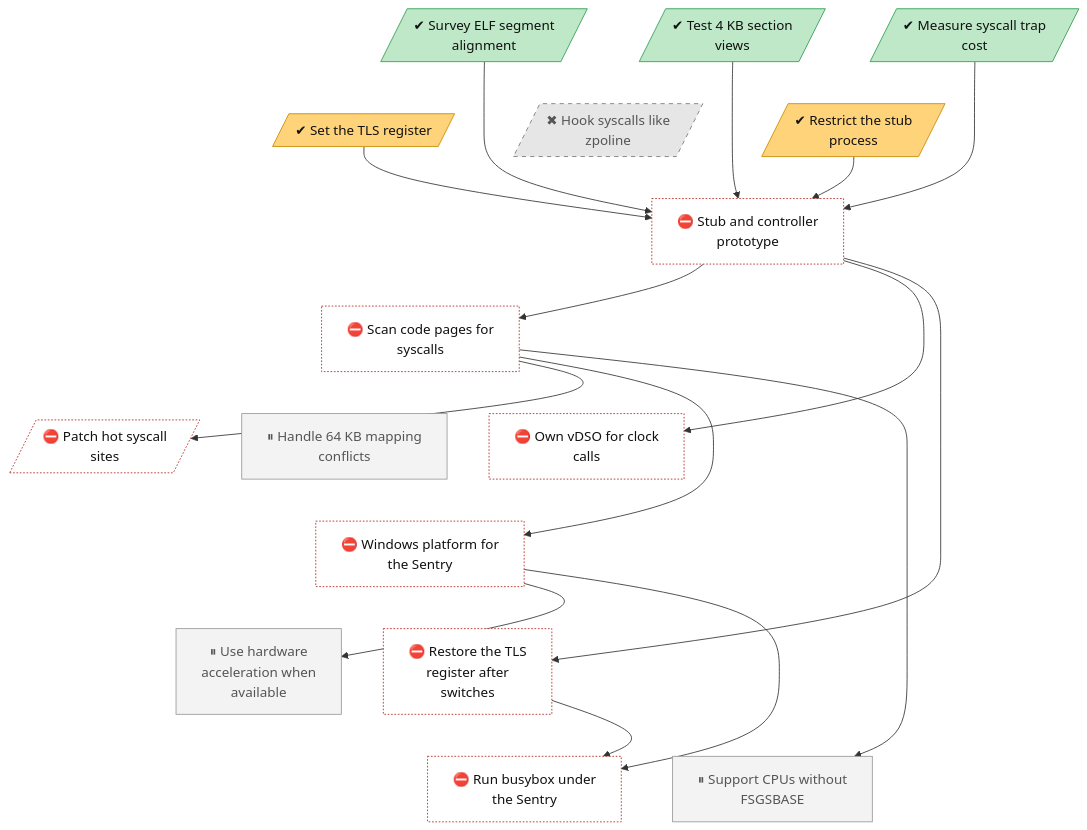
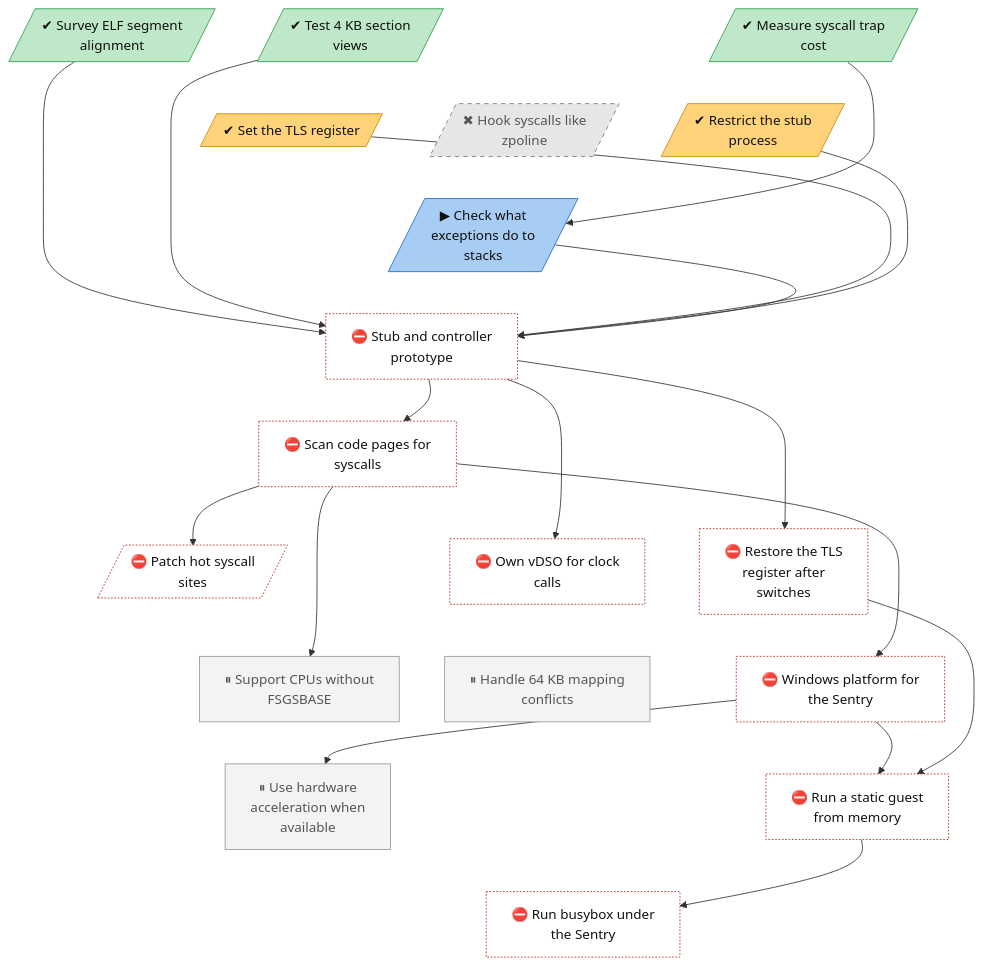
The diagram in docs/roadmap/tracks/platform.md (lhns/gvisor-windows), drawn with Mermaid before and after one commit. The commit also changed other lines of this file and 14 other files, not shown here.

````diff
--- a/docs/roadmap/tracks/platform.md
+++ b/docs/roadmap/tracks/platform.md
@@ -10,69 +10,76 @@
 ```mermaid
 flowchart TB
     platform_elf_alignment_survey[/"✔ Survey ELF segment<br/>alignment"/]
     platform_trap_cost[/"✔ Measure syscall trap<br/>cost"/]
     platform_4k_section_views[/"✔ Test 4 KB section<br/>views"/]
     platform_tls_register[/"✔ Set the TLS register"/]
     platform_restricted_stub[/"✔ Restrict the stub<br/>process"/]
     platform_zpoline_hooks[/"✖ Hook syscalls like<br/>zpoline"/]
+    platform_exception_stack[/"▶ Check what<br/>exceptions do to<br/>stacks"/]
     platform_stub_controller["⛔ Stub and controller<br/>prototype"]
     platform_page_verification["⛔ Scan code pages for<br/>syscalls"]
     platform_syscall_fast_path[/"⛔ Patch hot syscall<br/>sites"/]
     platform_own_vdso["⛔ Own vDSO for clock<br/>calls"]
+    platform_fs_base_repair["⛔ Restore the TLS<br/>register after<br/>switches"]
+    platform_no_fsgsbase_fallback["⏸ Support CPUs without<br/>FSGSBASE"]
     platform_64k_mapping_conflicts["⏸ Handle 64 KB mapping<br/>conflicts"]
     platform_winstub["⛔ Windows platform for<br/>the Sentry"]
     platform_hardware_acceleration["⏸ Use hardware<br/>acceleration when<br/>available"]
-    platform_fs_base_repair["⛔ Restore the TLS<br/>register after<br/>switches"]
+    platform_static_guest_from_memory["⛔ Run a static guest<br/>from memory"]
     platform_busybox_on_windows["⛔ Run busybox under<br/>the Sentry"]
-    platform_no_fsgsbase_fallback["⏸ Support CPUs without<br/>FSGSBASE"]
     platform_elf_alignment_survey ~~~ platform_tls_register
     platform_trap_cost ~~~ platform_restricted_stub
     platform_4k_section_views ~~~ platform_zpoline_hooks
-    platform_tls_register ~~~ platform_stub_controller
-    platform_restricted_stub ~~~ platform_stub_controller
-    platform_zpoline_hooks ~~~ platform_stub_controller
+    platform_tls_register ~~~ platform_exception_stack
+    platform_restricted_stub ~~~ platform_exception_stack
+    platform_zpoline_hooks ~~~ platform_exception_stack
+    platform_exception_stack ~~~ platform_stub_controller
     platform_stub_controller ~~~ platform_page_verification
     platform_page_verification ~~~ platform_syscall_fast_path
     platform_page_verification ~~~ platform_own_vdso
-    platform_page_verification ~~~ platform_64k_mapping_conflicts
-    platform_syscall_fast_path ~~~ platform_winstub
-    platform_own_vdso ~~~ platform_winstub
-    platform_64k_mapping_conflicts ~~~ platform_winstub
-    platform_winstub ~~~ platform_hardware_acceleration
-    platform_winstub ~~~ platform_fs_base_repair
+    platform_page_verification ~~~ platform_fs_base_repair
+    platform_syscall_fast_path ~~~ platform_no_fsgsbase_fallback
+    platform_own_vdso ~~~ platform_64k_mapping_conflicts
+    platform_fs_base_repair ~~~ platform_winstub
+    platform_no_fsgsbase_fallback ~~~ platform_hardware_acceleration
+    platform_64k_mapping_conflicts ~~~ platform_static_guest_from_memory
+    platform_winstub ~~~ platform_static_guest_from_memory
     platform_hardware_acceleration ~~~ platform_busybox_on_windows
-    platform_fs_base_repair ~~~ platform_no_fsgsbase_fallback
+    platform_static_guest_from_memory ~~~ platform_busybox_on_windows
+    platform_trap_cost --> platform_exception_stack
     platform_elf_alignment_survey --> platform_stub_controller
-    platform_trap_cost --> platform_stub_controller
     platform_4k_section_views --> platform_stub_controller
     platform_tls_register --> platform_stub_controller
     platform_restricted_stub --> platform_stub_controller
+    platform_exception_stack --> platform_stub_controller
     platform_stub_controller --> platform_page_verification
     platform_page_verification --> platform_syscall_fast_path
     platform_stub_controller --> platform_own_vdso
+    platform_stub_controller --> platform_fs_base_repair
+    platform_page_verification --> platform_no_fsgsbase_fallback
     platform_page_verification --> platform_winstub
     platform_winstub --> platform_hardware_acceleration
-    platform_stub_controller --> platform_fs_base_repair
-    platform_winstub --> platform_busybox_on_windows
-    platform_fs_base_repair --> platform_busybox_on_windows
-    platform_page_verification --> platform_no_fsgsbase_fallback
+    platform_winstub --> platform_static_guest_from_memory
+    platform_fs_base_repair --> platform_static_guest_from_memory
+    platform_static_guest_from_memory --> platform_busybox_on_windows
     classDef vsucc fill:#2e9e4f,stroke:#1b6b34,color:#fff
     classDef succ fill:#bfe8c8,stroke:#2e9e4f,color:#111
     classDef mixed fill:#ffd37a,stroke:#c98a00,color:#111
     classDef bad fill:#f28b82,stroke:#b3261e,color:#111
     classDef dead fill:#e6e6e6,stroke:#777,stroke-dasharray:5 5,color:#555
     classDef inprog fill:#a8cdf5,stroke:#1f6fc5,color:#111
     classDef next fill:#fff,stroke:#333,color:#111
     classDef blocked fill:#fff,stroke:#b3261e,stroke-dasharray:2 2,color:#111
     classDef parked fill:#f3f3f3,stroke:#999,color:#555
     classDef unrated fill:#fff,stroke:#333,stroke-dasharray:1 3,color:#111
     classDef gate fill:#d9c2f0,stroke:#7b3fb5,color:#111
     classDef decided fill:#ece0f7,stroke:#7b3fb5,stroke-dasharray:2 2,color:#111
     classDef finding fill:#ffe0b2,stroke:#d84315,stroke-width:2px,color:#111
     classDef waiting fill:#e3f2fd,stroke:#1f6fc5,stroke-dasharray:5 5,color:#111
     class platform_elf_alignment_survey,platform_trap_cost,platform_4k_section_views succ
     class platform_tls_register,platform_restricted_stub mixed
     class platform_zpoline_hooks dead
-    class platform_stub_controller,platform_page_verification,platform_syscall_fast_path,platform_own_vdso,platform_winstub,platform_fs_base_repair,platform_busybox_on_windows blocked
-    class platform_64k_mapping_conflicts,platform_hardware_acceleration,platform_no_fsgsbase_fallback parked
+    class platform_exception_stack inprog
+    class platform_stub_controller,platform_page_verification,platform_syscall_fast_path,platform_own_vdso,platform_fs_base_repair,platform_winstub,platform_static_guest_from_memory,platform_busybox_on_windows blocked
+    class platform_no_fsgsbase_fallback,platform_64k_mapping_conflicts,platform_hardware_acceleration parked
 ```
````
